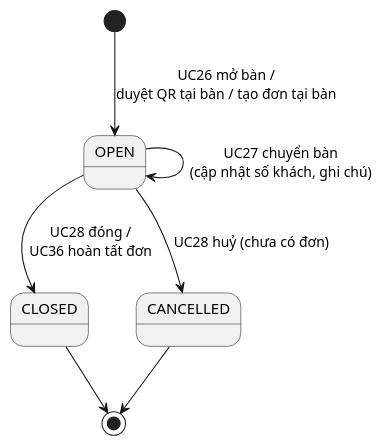
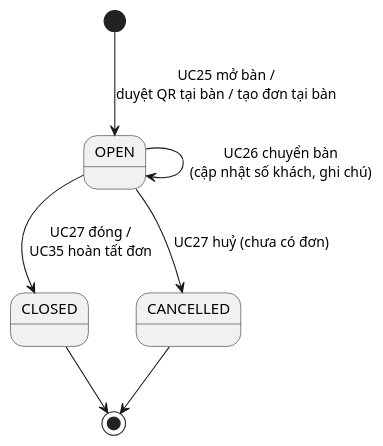
One commit to TruongHidu/XayPOS_be changed the second of 2 diagrams in docs/usecase/05-ban-phien-ban.md. Above: the diagram before and after it, drawn with PlantUML. The commit also changed other lines of this file and 50 other files, not shown here.

````diff
--- a/docs/usecase/05-ban-phien-ban.md
+++ b/docs/usecase/05-ban-phien-ban.md
@@ -56,10 +56,10 @@
 ```plantuml
 @startuml ST_TableSession
-[*] --> OPEN : UC26 mở bàn /\nduyệt QR tại bàn / tạo đơn tại bàn
-OPEN --> OPEN : UC27 chuyển bàn\n(cập nhật số khách, ghi chú)
-OPEN --> CLOSED : UC28 đóng /\nUC36 hoàn tất đơn
-OPEN --> CANCELLED : UC28 huỷ (chưa có đơn)
+[*] --> OPEN : UC25 mở bàn /\nduyệt QR tại bàn / tạo đơn tại bàn
+OPEN --> OPEN : UC26 chuyển bàn\n(cập nhật số khách, ghi chú)
+OPEN --> CLOSED : UC27 đóng /\nUC35 hoàn tất đơn
+OPEN --> CANCELLED : UC27 huỷ (chưa có đơn)
 CLOSED --> [*]
 CANCELLED --> [*]
 @enduml
 ```
````
